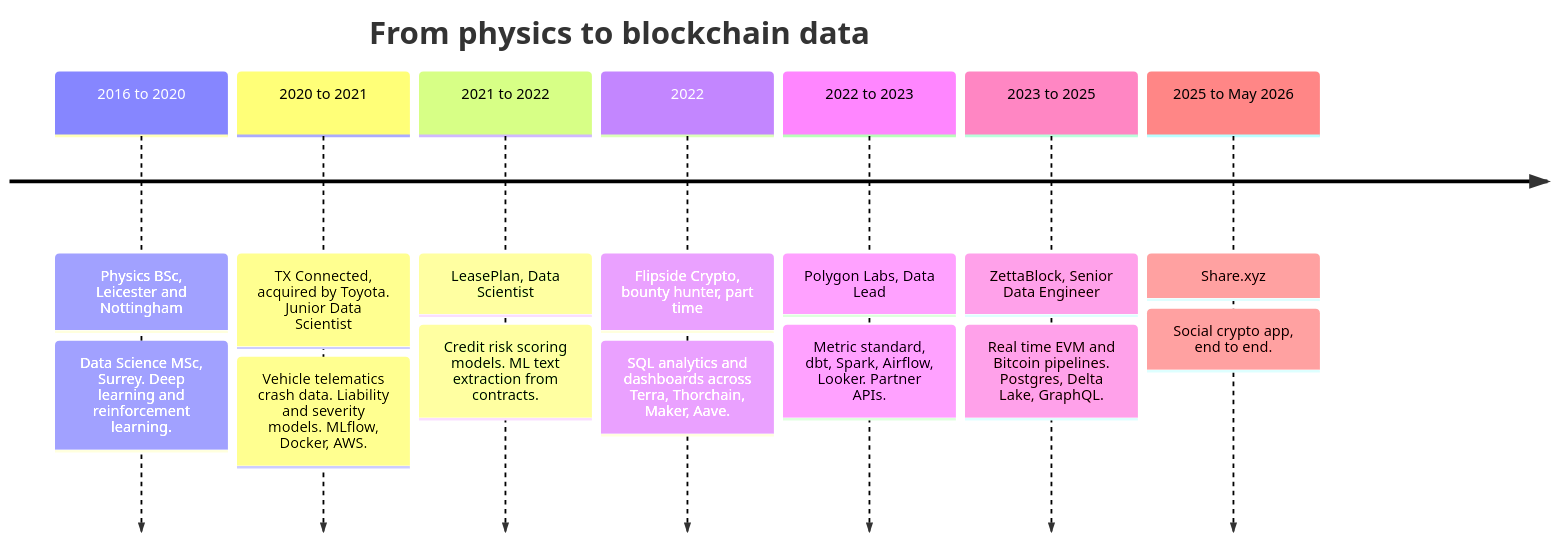
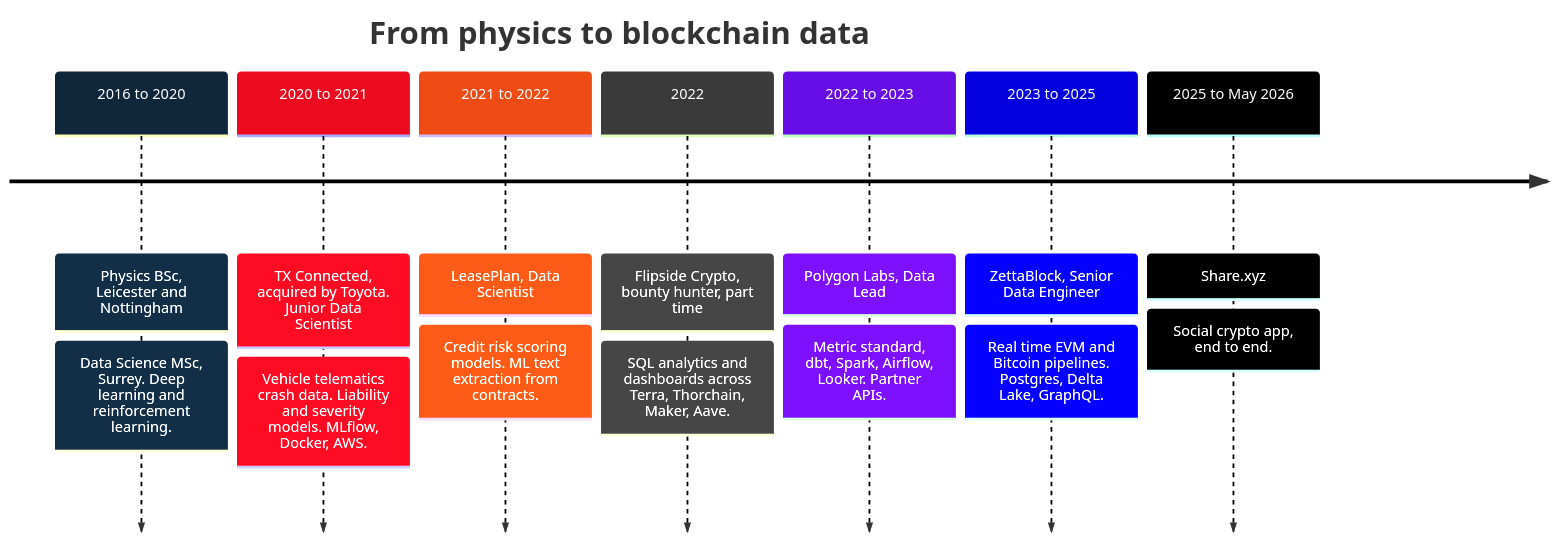
The first of 2 diagrams in README.md (KonScanner/KonScanner), drawn with Mermaid before and after one commit.

Commit message:
Colour the timeline by organisation brand
Replace the default palette with each organisation's own colour, sampled from
their live sites rather than guessed:

- Universities  #10263B  University of Nottingham navy
- TX Connected  #EB0A1E  Toyota red
- LeasePlan     #EE4C14  from their theme-color meta tag
- Flipside      #3A3A3A  their mark is monochrome
- Polygon Labs  #670DE5  dominant colour on polygon.technology
- ZettaBlock    #0400DD  dominant colour on zettablock.com
- Share.xyz     #000000  black and white

Set as themeVariables without pinning a theme, so the diagram still follows
the reader's light or dark GitHub setting. Checked in both.

````diff
--- a/README.md
+++ b/README.md
@@ -20,11 +20,20 @@
 ```mermaid
+%%{init: {'themeVariables': {
+  'cScale0':'#10263B','cScaleLabel0':'#FFFFFF',
+  'cScale1':'#EB0A1E','cScaleLabel1':'#FFFFFF',
+  'cScale2':'#EE4C14','cScaleLabel2':'#FFFFFF',
+  'cScale3':'#3A3A3A','cScaleLabel3':'#FFFFFF',
+  'cScale4':'#670DE5','cScaleLabel4':'#FFFFFF',
+  'cScale5':'#0400DD','cScaleLabel5':'#FFFFFF',
+  'cScale6':'#000000','cScaleLabel6':'#FFFFFF'
+}}}%%
 timeline
     title From physics to blockchain data
     2016 to 2020 : Physics BSc, Leicester and Nottingham : Data Science MSc, Surrey. Deep learning and reinforcement learning.
     2020 to 2021 : TX Connected, acquired by Toyota. Junior Data Scientist : Vehicle telematics crash data. Liability and severity models. MLflow, Docker, AWS.
     2021 to 2022 : LeasePlan, Data Scientist : Credit risk scoring models. ML text extraction from contracts.
     2022 : Flipside Crypto, bounty hunter, part time : SQL analytics and dashboards across Terra, Thorchain, Maker, Aave.
     2022 to 2023 : Polygon Labs, Data Lead : Metric standard, dbt, Spark, Airflow, Looker. Partner APIs.
     2023 to 2025 : ZettaBlock, Senior Data Engineer : Real time EVM and Bitcoin pipelines. Postgres, Delta Lake, GraphQL.
     2025 to May 2026 : Share.xyz : Social crypto app, end to end.
 ```
````
